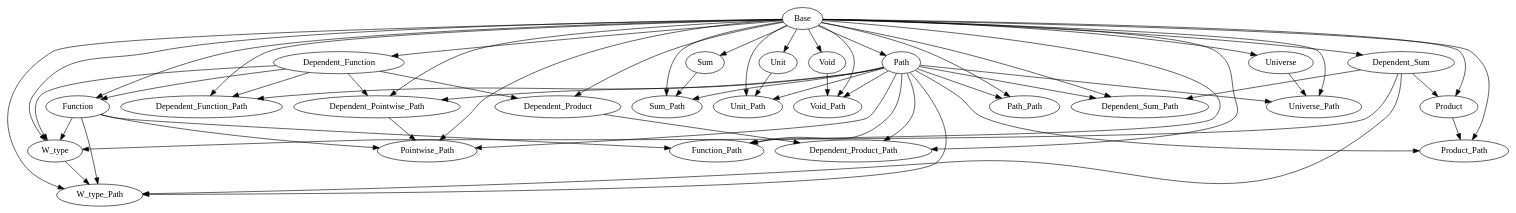
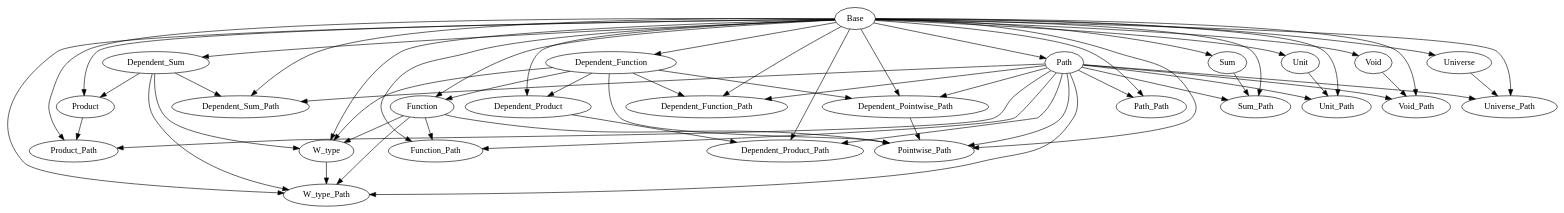
Before and after one commit to Hexirp/googology-in-coq: the diagram in libraries/dependencies.gv, drawn with Graphviz.

Commit message:
Update: dependencies.gv を

```diff
--- a/libraries/dependencies.gv
+++ b/libraries/dependencies.gv
@@ -1,85 +1,86 @@
 digraph Dependencies {
   # Base
   # Dependent_Function
   "Base" -> "Dependent_Function";
   # Function
   "Base" -> "Function";
   "Dependent_Function" -> "Function";
   # Dependent_Product
   "Base" -> "Dependent_Product";
   "Dependent_Function" -> "Dependent_Product";
   # Dependent_Sum
   "Base" -> "Dependent_Sum";
   # Product
   "Base" -> "Product";
   "Dependent_Sum" -> "Product";
   # Sum
   "Base" -> "Sum";
   # Unit
   "Base" -> "Unit";
   # Void
   "Base" -> "Void";
   # W_type
   "Base" -> "W_type";
   "Dependent_Function" -> "W_type";
   "Function" -> "W_type";
   "Dependent_Sum" -> "W_type";
   # Universe
   "Base" -> "Universe";
   # Path
   "Base" -> "Path";
   # Dependent_Function_Path
   "Base" -> "Dependent_Function_Path";
   "Dependent_Function" -> "Dependent_Function_Path";
   "Path" -> "Dependent_Function_Path";
   # Function_Path
   "Base" -> "Function_Path";
   "Function" -> "Function_Path";
   "Path" -> "Function_Path";
   # Dependent_Product_Path
   "Base" -> "Dependent_Product_Path";
   "Dependent_Product" -> "Dependent_Product_Path";
   "Path" -> "Dependent_Product_Path";
   # Dependent_Sum_Path
   "Base" -> "Dependent_Sum_Path";
   "Dependent_Sum" -> "Dependent_Sum_Path";
   "Path" -> "Dependent_Sum_Path";
   # Product_Path
   "Base" -> "Product_Path";
   "Product" -> "Product_Path";
   "Path" -> "Product_Path";
   # Sum_Path
   "Base" -> "Sum_Path";
   "Sum" -> "Sum_Path";
   "Path" -> "Sum_Path";
   # Unit_Path
   "Base" -> "Unit_Path";
   "Unit" -> "Unit_Path";
   "Path" -> "Unit_Path";
   # Void_Path
   "Base" -> "Void_Path";
   "Void" -> "Void_Path";
   "Path" -> "Void_Path";
   # W_type_Path
   "Base" -> "W_type_Path";
   "Function" -> "W_type_Path";
   "Dependent_Sum" -> "W_type_Path";
   "W_type" -> "W_type_Path";
   "Path" -> "W_type_Path";
   # Universe_Path
   "Base" -> "Universe_Path";
   "Universe" -> "Universe_Path";
   "Path" -> "Universe_Path";
   # Path_Path
   "Base" -> "Path_Path";
   "Path" -> "Path_Path";
   # Dependent_Pointwise_Path
   "Base" -> "Dependent_Pointwise_Path";
   "Dependent_Function" -> "Dependent_Pointwise_Path";
   "Path" -> "Dependent_Pointwise_Path";
   # Pointwise_Path
   "Base" -> "Pointwise_Path";
+  "Dependent_Function" -> "Pointwise_Path";
   "Function" -> "Pointwise_Path";
   "Path" -> "Pointwise_Path";
   "Dependent_Pointwise_Path" -> "Pointwise_Path";
 }
```
